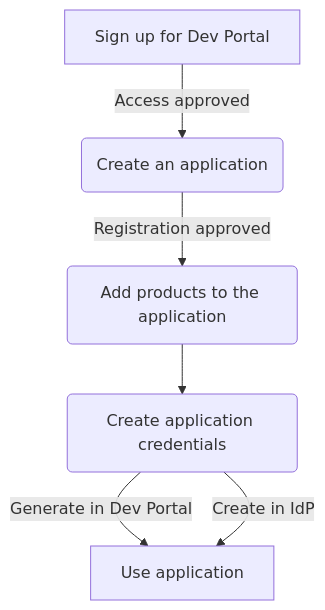
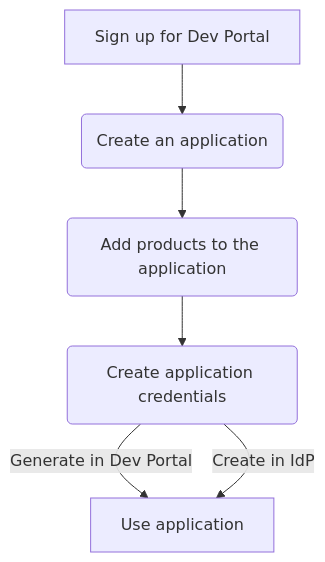
The diagram in app/konnect/dev-portal/register-and-create-app.md (Kong/docs.konghq.com), drawn with Mermaid before and after one commit. The commit also changed other lines of this file, not shown here.

```diff
--- a/app/konnect/dev-portal/register-and-create-app.md
+++ b/app/konnect/dev-portal/register-and-create-app.md
@@ -11,8 +11,8 @@
 {% mermaid %}
 flowchart TD
-    A[Sign up for Dev Portal] -->|Access approved| B(Create an application)
-    B --> |Registration approved| C(Add products to the application)
+    A[Sign up for Dev Portal] --> B(Create an application)
+    B --> C(Add products to the application)
     C --> D(Create application credentials)
     D --> |Generate in Dev Portal| E[Use application] 
     D --> |Create in IdP| E
 {% endmermaid %}
```
